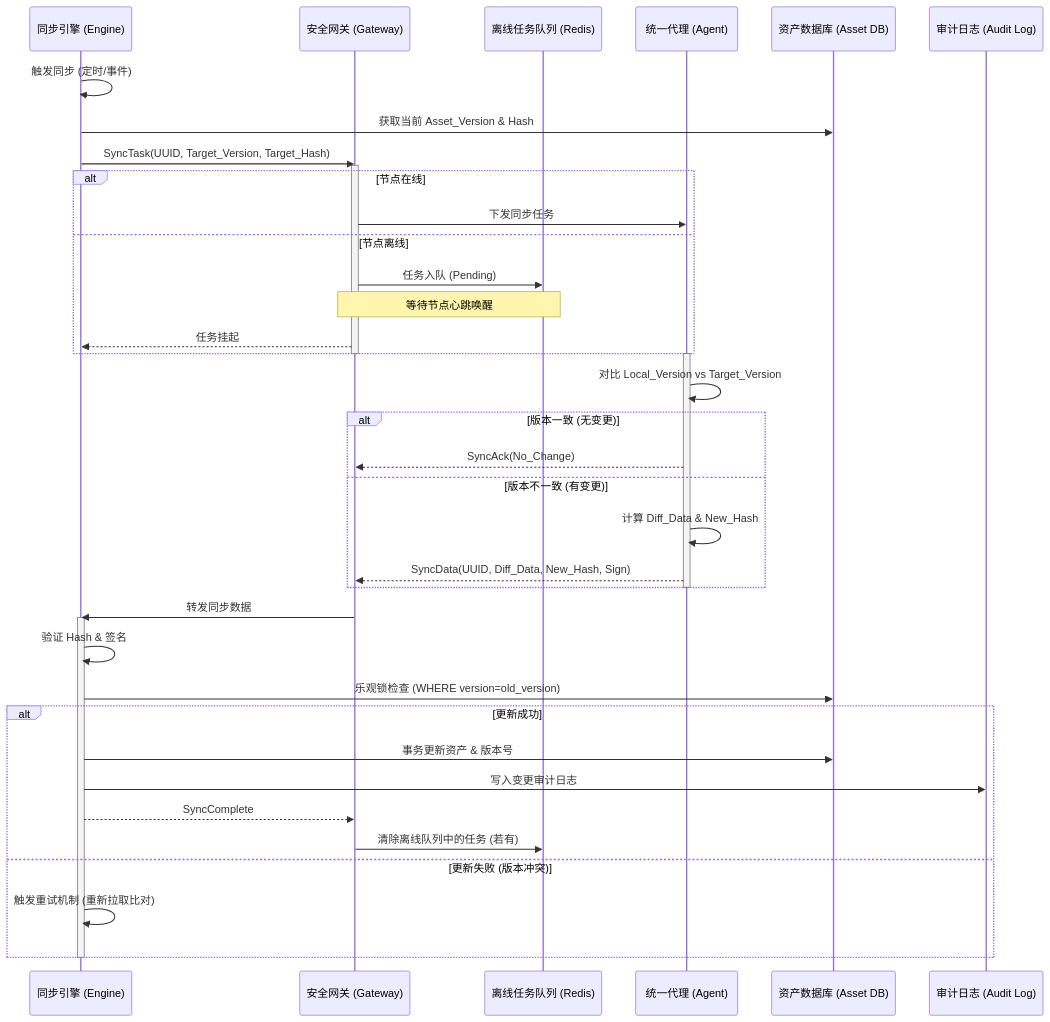
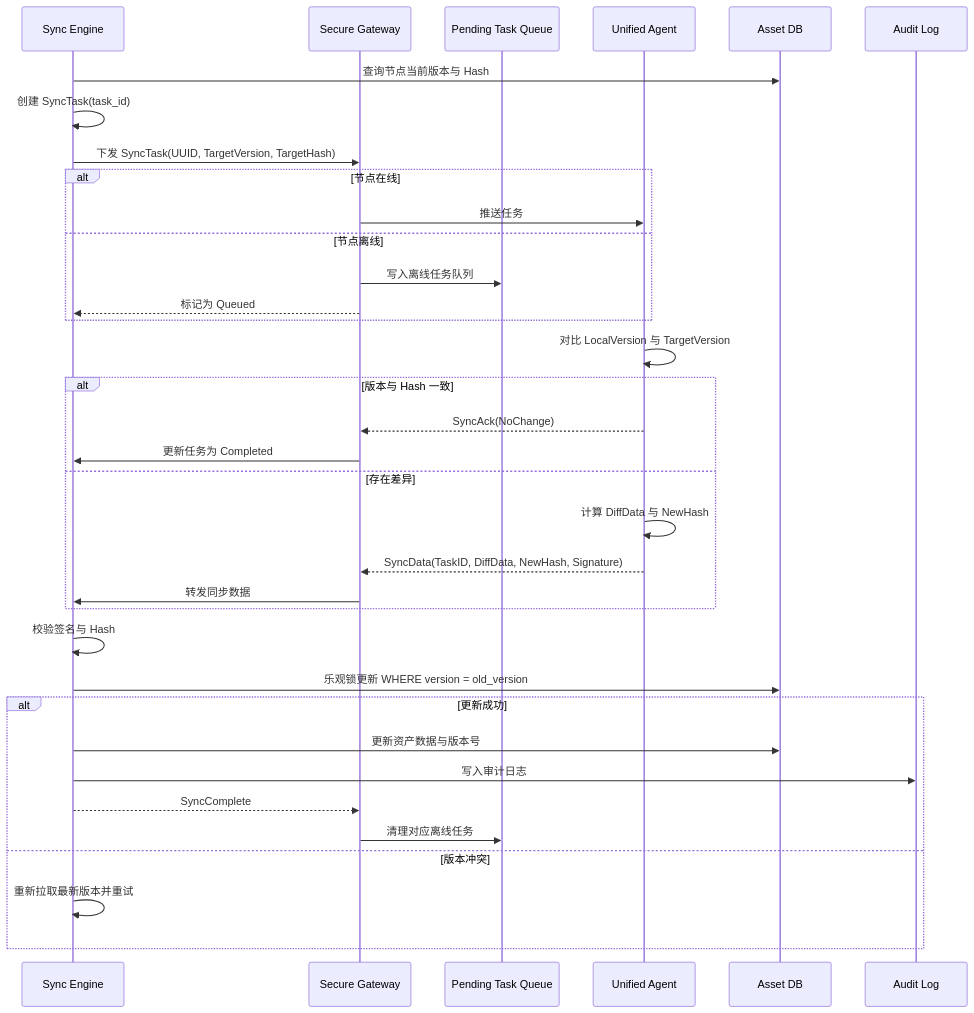
The fifth of 13 diagrams in src/content/note/zh-cn/uisa-architecture-design.md (DavidHLP/DavidHLP.github.io), drawn with Mermaid before and after one commit. The commit also changed other lines of this file and 41 other files, not shown here.

````diff
--- a/src/content/note/zh-cn/uisa-architecture-design.md
+++ b/src/content/note/zh-cn/uisa-architecture-design.md
@@ -137,51 +338,43 @@
 ```mermaid
 sequenceDiagram
-    participant Engine as 同步引擎 (Engine)
-    participant Gateway as 安全网关 (Gateway)
-    participant Queue as 离线任务队列 (Redis)
-    participant Agent as 统一代理 (Agent)
-    participant AssetDB as 资产数据库 (Asset DB)
-    participant AuditDB as 审计日志 (Audit Log)
+    participant Engine as Sync Engine
+    participant Gateway as Secure Gateway
+    participant Queue as Pending Task Queue
+    participant Agent as Unified Agent
+    participant AssetDB as Asset DB
+    participant AuditDB as Audit Log
 
-    Engine->>Engine: 触发同步 (定时/事件)
-    Engine->>AssetDB: 获取当前 Asset_Version & Hash
-    
-    Engine->>Gateway: SyncTask(UUID, Target_Version, Target_Hash)
-    
-    activate Gateway
+    Engine->>AssetDB: 查询节点当前版本与 Hash
+    Engine->>Engine: 创建 SyncTask(task_id)
+    Engine->>Gateway: 下发 SyncTask(UUID, TargetVersion, TargetHash)
+
     alt 节点在线
-        Gateway->>Agent: 下发同步任务
+        Gateway->>Agent: 推送任务
     else 节点离线
-        Gateway->>Queue: 任务入队 (Pending)
-        Note over Gateway,Queue: 等待节点心跳唤醒
-        Gateway-->>Engine: 任务挂起
+        Gateway->>Queue: 写入离线任务队列
+        Gateway-->>Engine: 标记为 Queued
     end
-    deactivate Gateway
-    
-    activate Agent
-    Agent->>Agent: 对比 Local_Version vs Target_Version
-    
-    alt 版本一致 (无变更)
-        Agent-->>Gateway: SyncAck(No_Change)
-    else 版本不一致 (有变更)
-        Agent->>Agent: 计算 Diff_Data & New_Hash
-        Agent-->>Gateway: SyncData(UUID, Diff_Data, New_Hash, Sign)
+
+    Agent->>Agent: 对比 LocalVersion 与 TargetVersion
+
+    alt 版本与 Hash 一致
+        Agent-->>Gateway: SyncAck(NoChange)
+        Gateway->>Engine: 更新任务为 Completed
+    else 存在差异
+        Agent->>Agent: 计算 DiffData 与 NewHash
+        Agent-->>Gateway: SyncData(TaskID, DiffData, NewHash, Signature)
+        Gateway->>Engine: 转发同步数据
     end
-    deactivate Agent
-    
-    Gateway->>Engine: 转发同步数据
-    
-    activate Engine
-    Engine->>Engine: 验证 Hash & 签名
-    Engine->>AssetDB: 乐观锁检查 (WHERE version=old_version)
-    
+
+    Engine->>Engine: 校验签名与 Hash
+    Engine->>AssetDB: 乐观锁更新 WHERE version = old_version
+
     alt 更新成功
-        Engine->>AssetDB: 事务更新资产 & 版本号
-        Engine->>AuditDB: 写入变更审计日志
+        Engine->>AssetDB: 更新资产数据与版本号
+        Engine->>AuditDB: 写入审计日志
         Engine-->>Gateway: SyncComplete
-        Gateway->>Queue: 清除离线队列中的任务 (若有)
-    else 更新失败 (版本冲突)
-        Engine->>Engine: 触发重试机制 (重新拉取比对)
+        Gateway->>Queue: 清理对应离线任务
+    else 版本冲突
+        Engine->>Engine: 重新拉取最新版本并重试
     end
-    deactivate Engine
 ```
````
